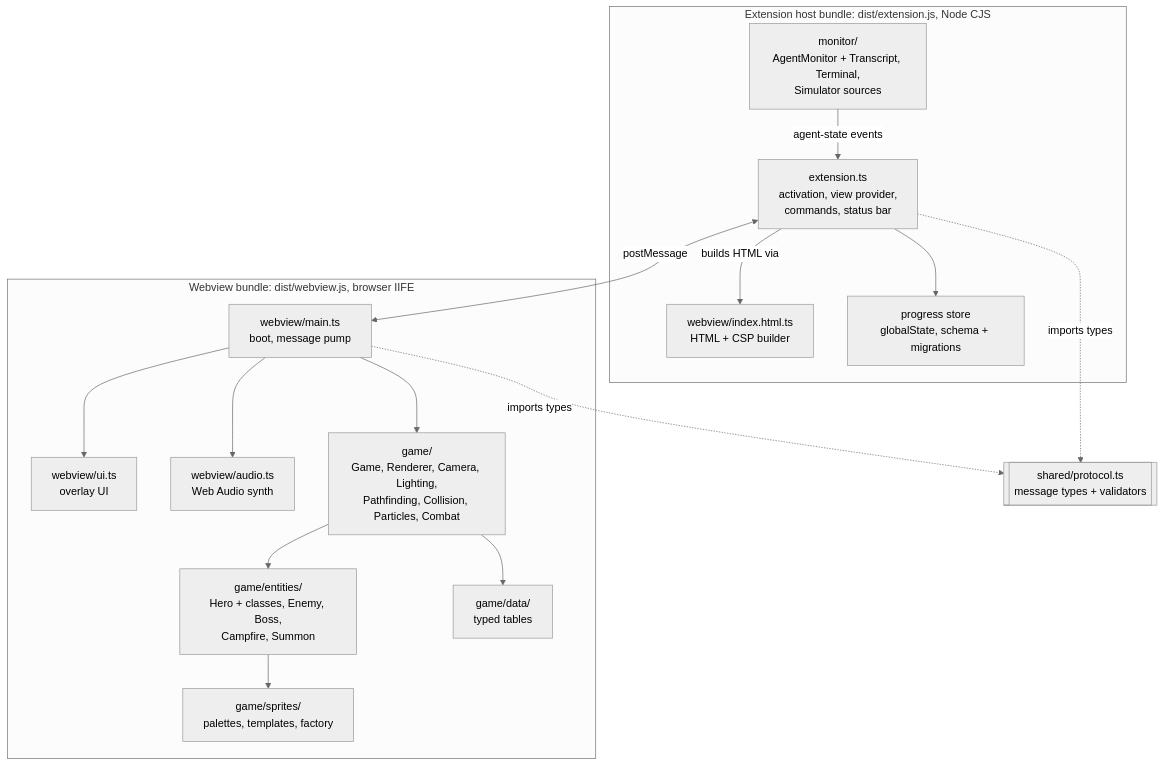
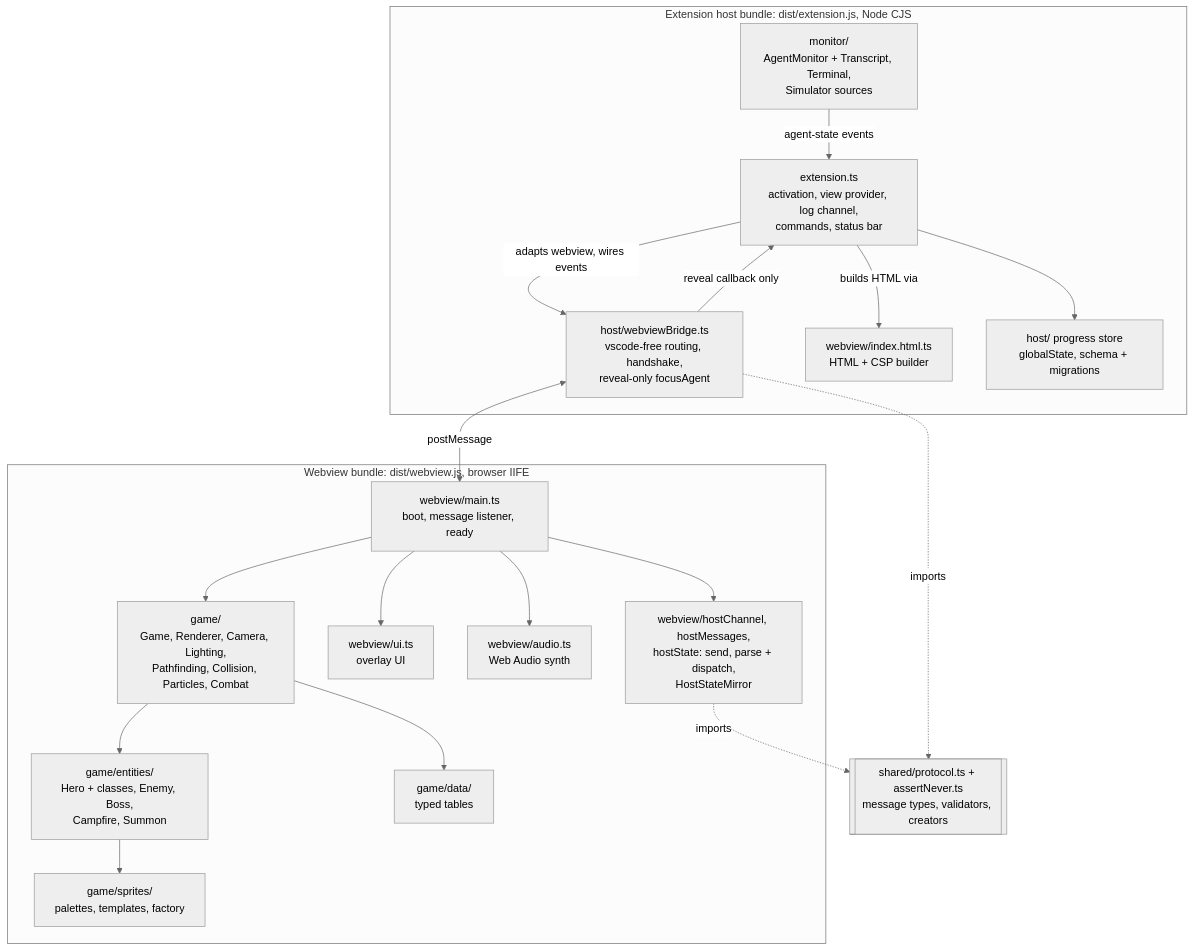
Before and after one commit to GrapeJuicer01/vscode-dungeon-crawlers: the second of 2 diagrams in docs/architecture/overview.md, drawn with Mermaid (neutral theme). The commit also changed other lines of this file and 40 other files, not shown here.

First line of the commit message:
feat: typed host/webview protocol with ready handshake (M2)

````diff
--- a/docs/architecture/overview.md
+++ b/docs/architecture/overview.md
@@ -35,32 +35,37 @@
 ```mermaid
 flowchart TB
   subgraph host[Extension host bundle: dist/extension.js, Node CJS]
-    ext[extension.ts<br/>activation, view provider,<br/>commands, status bar]
+    ext[extension.ts<br/>activation, view provider, log channel,<br/>commands, status bar]
+    bridge[host/webviewBridge.ts<br/>vscode-free routing, handshake,<br/>reveal-only focusAgent]
     mon[monitor/<br/>AgentMonitor + Transcript, Terminal,<br/>Simulator sources]
     html[webview/index.html.ts<br/>HTML + CSP builder]
-    store[progress store<br/>globalState, schema + migrations]
+    store[host/ progress store<br/>globalState, schema + migrations]
   end
-  shared[[shared/protocol.ts<br/>message types + validators]]
+  shared[[shared/protocol.ts + assertNever.ts<br/>message types, validators, creators]]
   subgraph web[Webview bundle: dist/webview.js, browser IIFE]
-    main[webview/main.ts<br/>boot, message pump]
+    main[webview/main.ts<br/>boot, message listener, ready]
+    hostmods[webview/hostChannel, hostMessages,<br/>hostState: send, parse + dispatch,<br/>HostStateMirror]
     ui[webview/ui.ts<br/>overlay UI]
     audio[webview/audio.ts<br/>Web Audio synth]
     game[game/<br/>Game, Renderer, Camera, Lighting,<br/>Pathfinding, Collision, Particles, Combat]
     ent[game/entities/<br/>Hero + classes, Enemy, Boss,<br/>Campfire, Summon]
     data[game/data/<br/>typed tables]
     spr[game/sprites/<br/>palettes, templates, factory]
   end
 
   mon -- agent-state events --> ext
   ext -- builds HTML via --> html
-  ext <-- postMessage --> main
+  ext -- adapts webview, wires events --> bridge
+  bridge <-- postMessage --> main
+  bridge -- reveal callback only --> ext
   ext --> store
-  ext -. imports types .-> shared
-  main -. imports types .-> shared
+  bridge -. imports .-> shared
+  hostmods -. imports .-> shared
+  main --> hostmods
   main --> game
   main --> ui
   main --> audio
   game --> ent
   game --> data
   ent --> spr
 ```
````
